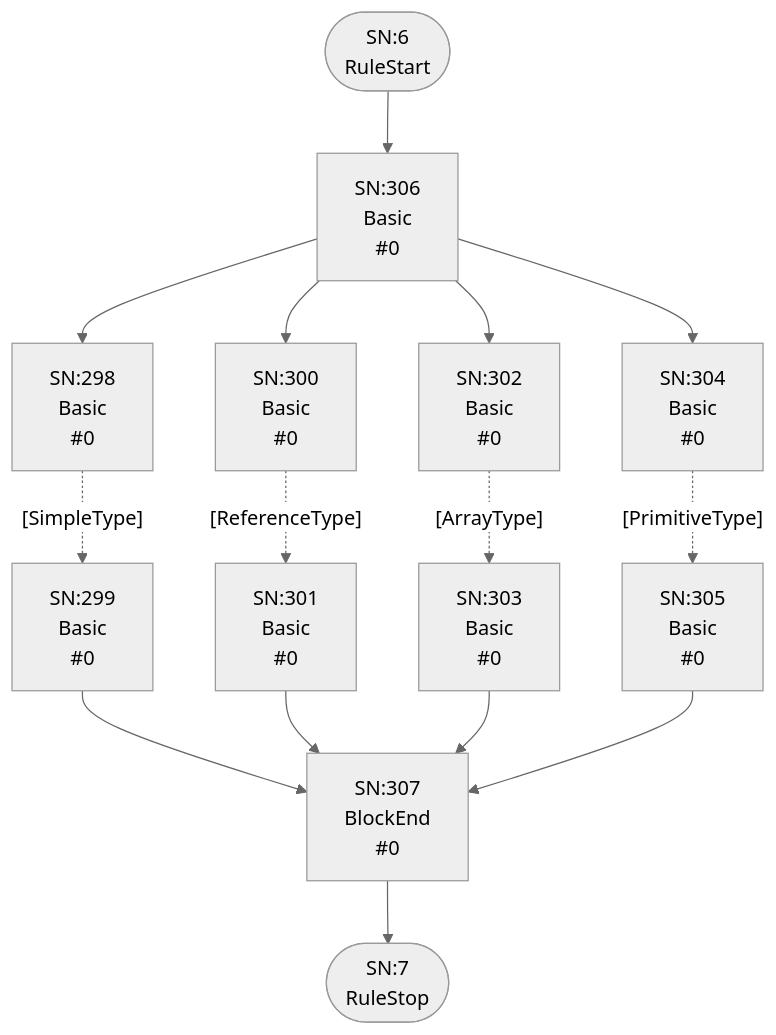
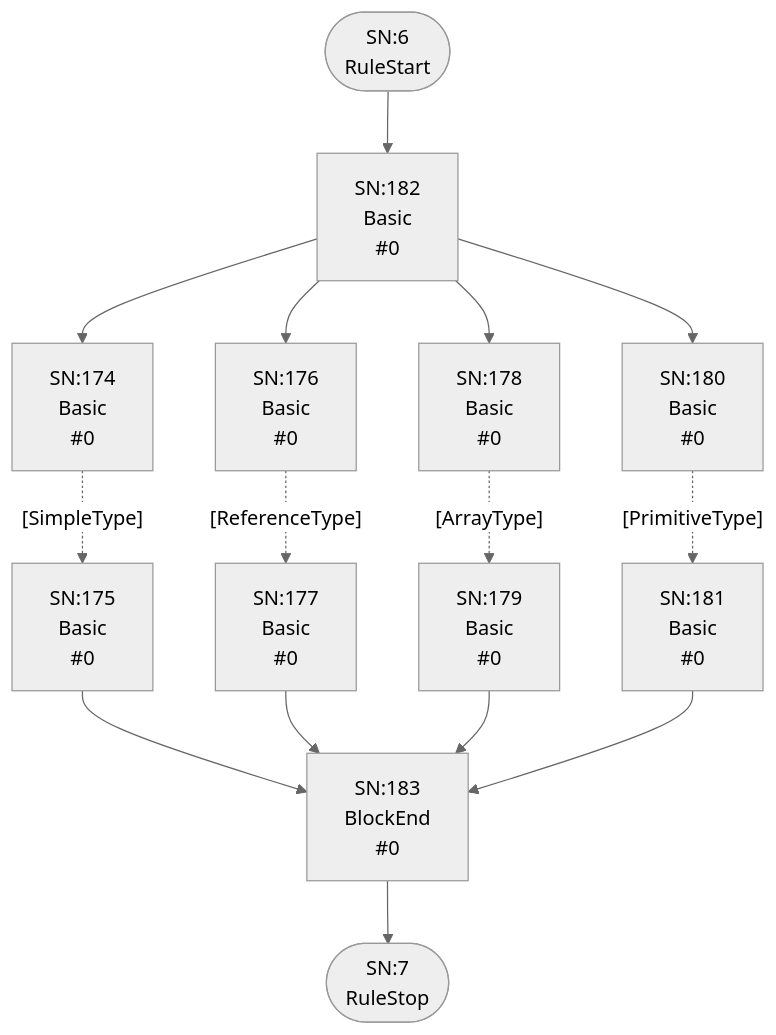
Before and after one commit to TypeFox/fastbelt: the fourth of 25 diagrams in internal/grammar/atn.md, drawn with Mermaid (neutral theme). The commit also changed other lines of this file and 5 other files, not shown here.

````diff
--- a/internal/grammar/atn.md
+++ b/internal/grammar/atn.md
@@ -129,30 +136,30 @@
 ```mermaid
 flowchart TD
     q6(["SN:6<br/>RuleStart"])
     q7(["SN:7<br/>RuleStop"])
-    q298["SN:298<br/>Basic<br/> #0"]
-    q299["SN:299<br/>Basic<br/> #0"]
-    q300["SN:300<br/>Basic<br/> #0"]
-    q301["SN:301<br/>Basic<br/> #0"]
-    q302["SN:302<br/>Basic<br/> #0"]
-    q303["SN:303<br/>Basic<br/> #0"]
-    q304["SN:304<br/>Basic<br/> #0"]
-    q305["SN:305<br/>Basic<br/> #0"]
-    q306["SN:306<br/>Basic<br/> #0"]
-    q307["SN:307<br/>BlockEnd<br/> #0"]
+    q174["SN:174<br/>Basic<br/> #0"]
+    q175["SN:175<br/>Basic<br/> #0"]
+    q176["SN:176<br/>Basic<br/> #0"]
+    q177["SN:177<br/>Basic<br/> #0"]
+    q178["SN:178<br/>Basic<br/> #0"]
+    q179["SN:179<br/>Basic<br/> #0"]
+    q180["SN:180<br/>Basic<br/> #0"]
+    q181["SN:181<br/>Basic<br/> #0"]
+    q182["SN:182<br/>Basic<br/> #0"]
+    q183["SN:183<br/>BlockEnd<br/> #0"]
 
-    q6 --> q306
-    q298 -.->|"[SimpleType]"| q299
-    q299 --> q307
-    q300 -.->|"[ReferenceType]"| q301
-    q301 --> q307
-    q302 -.->|"[ArrayType]"| q303
-    q303 --> q307
-    q304 -.->|"[PrimitiveType]"| q305
-    q305 --> q307
-    q306 --> q298
-    q306 --> q300
-    q306 --> q302
-    q306 --> q304
-    q307 --> q7
+    q6 --> q182
+    q174 -.->|"[SimpleType]"| q175
+    q175 --> q183
+    q176 -.->|"[ReferenceType]"| q177
+    q177 --> q183
+    q178 -.->|"[ArrayType]"| q179
+    q179 --> q183
+    q180 -.->|"[PrimitiveType]"| q181
+    q181 --> q183
+    q182 --> q174
+    q182 --> q176
+    q182 --> q178
+    q182 --> q180
+    q183 --> q7
 ```
````
